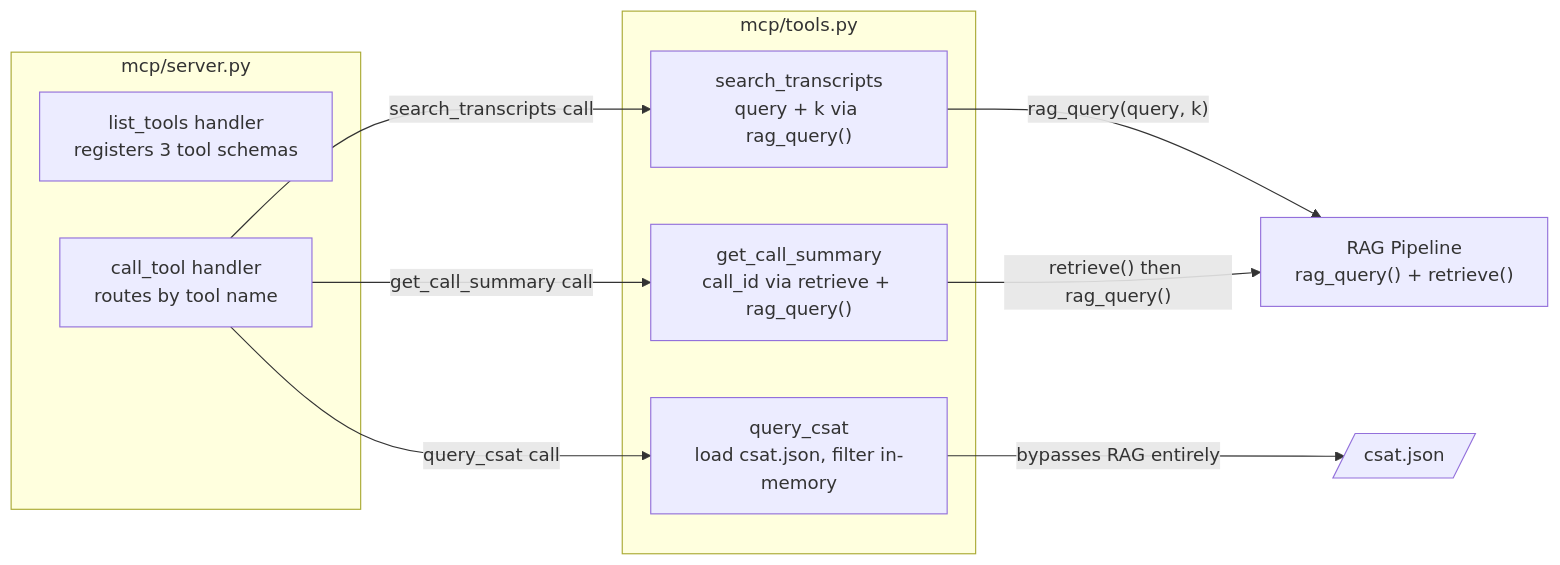
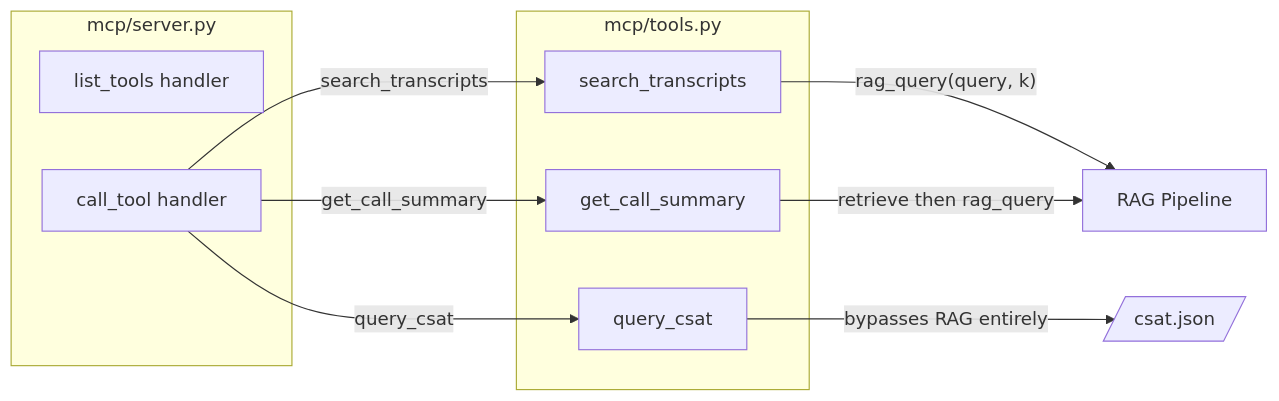
Before and after one commit to HendoCode/contact-center-ai: the third of 5 diagrams in blogs/01-the-blueprint/index.md, drawn with Mermaid. The commit also changed other lines of this file and 11 other files, not shown here.

First line of the commit message:
Fix Mermaid diagram rendering

````diff
--- a/blogs/01-the-blueprint/index.md
+++ b/blogs/01-the-blueprint/index.md
@@ -123,23 +123,23 @@
 ```mermaid
 flowchart LR
     subgraph server ["mcp/server.py"]
-        listTools["list_tools handler\nregisters 3 tool schemas"]
-        callTool["call_tool handler\nroutes by tool name"]
+        listTools["list_tools handler"]
+        callTool["call_tool handler"]
     end
 
     subgraph tools ["mcp/tools.py"]
-        searchTool["search_transcripts\nquery + k via rag_query()"]
-        summaryTool["get_call_summary\ncall_id via retrieve + rag_query()"]
-        csatTool["query_csat\nload csat.json, filter in-memory"]
+        searchTool["search_transcripts"]
+        summaryTool["get_call_summary"]
+        csatTool["query_csat"]
     end
 
-    ragPipeline["RAG Pipeline\nrag_query() + retrieve()"]
+    ragPipeline["RAG Pipeline"]
     dataFiles[/"csat.json"/]
 
-    callTool -->|"search_transcripts call"| searchTool
-    callTool -->|"get_call_summary call"| summaryTool
-    callTool -->|"query_csat call"| csatTool
+    callTool -->|"search_transcripts"| searchTool
+    callTool -->|"get_call_summary"| summaryTool
+    callTool -->|"query_csat"| csatTool
     searchTool -->|"rag_query(query, k)"| ragPipeline
-    summaryTool -->|"retrieve() then rag_query()"| ragPipeline
+    summaryTool -->|"retrieve then rag_query"| ragPipeline
     csatTool -->|"bypasses RAG entirely"| dataFiles
 ```
````
